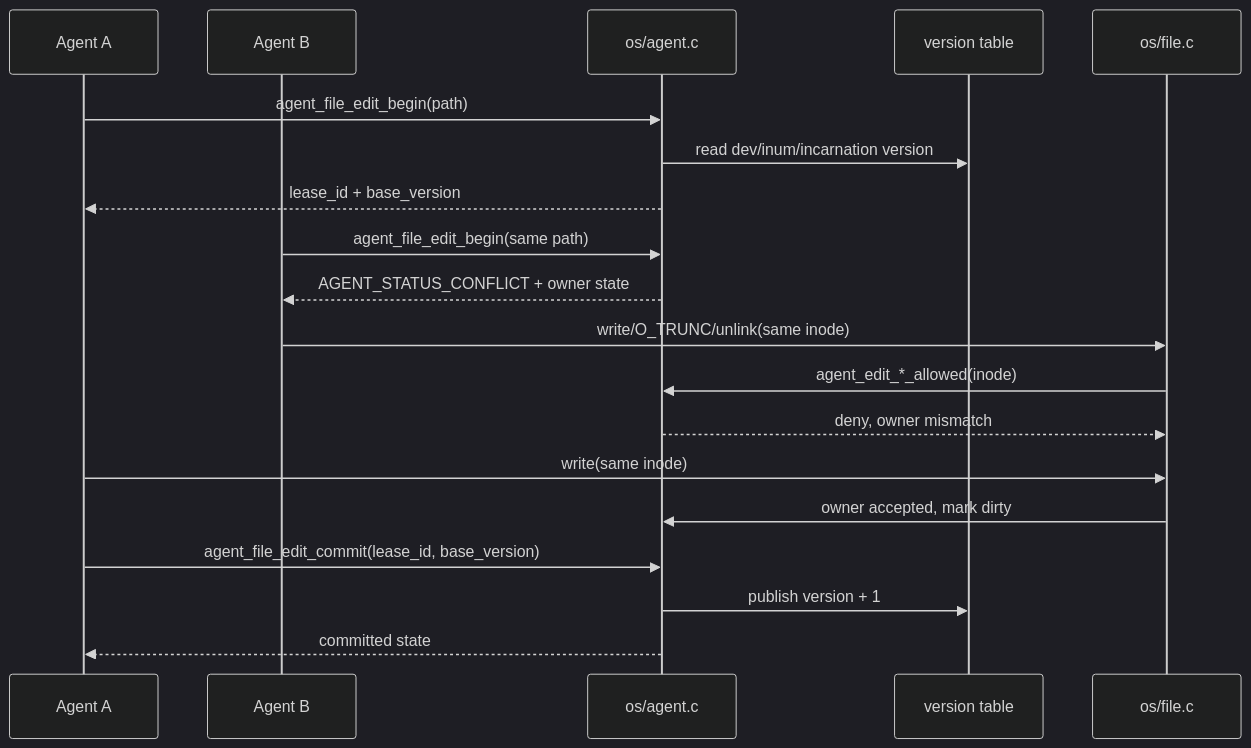
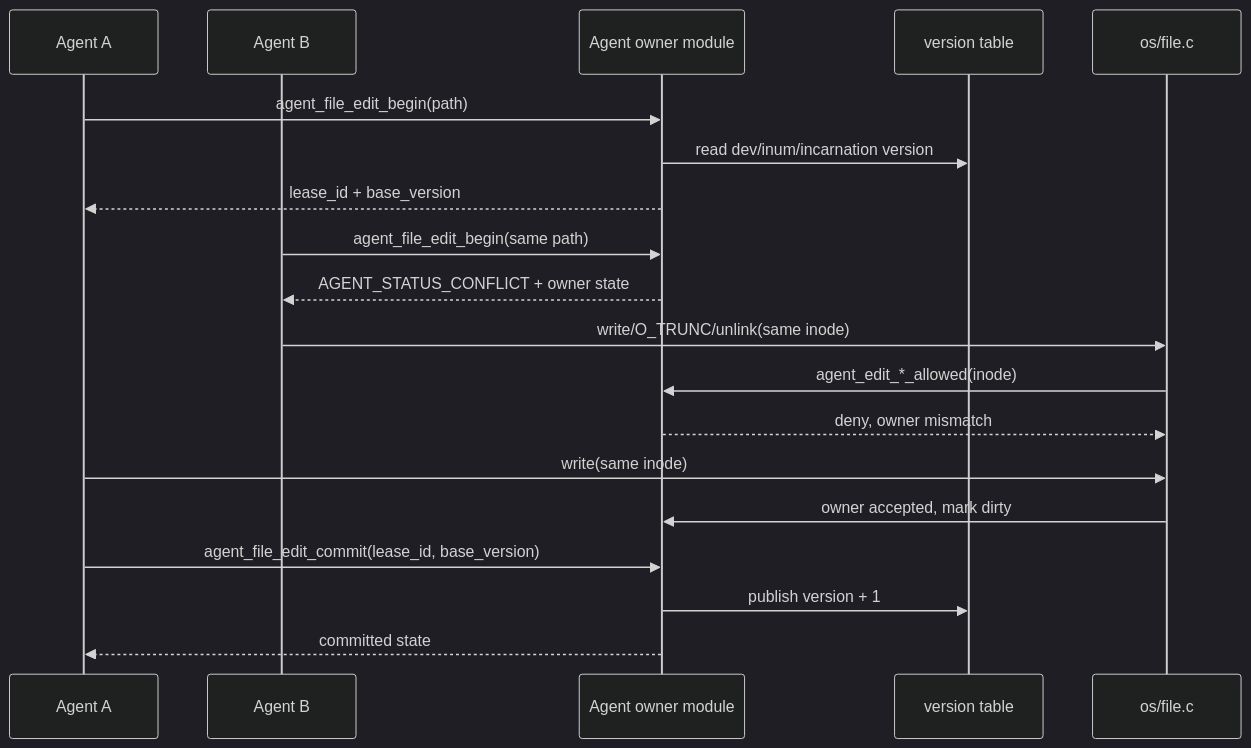
Before and after one commit to yushugulao/Agent-OS: the tenth of 11 diagrams in docs/agentos/design.md, drawn with Mermaid (dark theme). The commit also changed other lines of this file and 75 other files, not shown here.

````diff
--- a/docs/agentos/design.md
+++ b/docs/agentos/design.md
@@ -348,21 +366,21 @@
 ```mermaid
 sequenceDiagram
     participant A1 as Agent A
     participant A2 as Agent B
-    participant K as os/agent.c
+    participant K as Agent owner module
     participant V as version table
     participant F as os/file.c
     A1->>K: agent_file_edit_begin(path)
     K->>V: read dev/inum/incarnation version
     K-->>A1: lease_id + base_version
     A2->>K: agent_file_edit_begin(same path)
     K-->>A2: AGENT_STATUS_CONFLICT + owner state
     A2->>F: write/O_TRUNC/unlink(same inode)
     F->>K: agent_edit_*_allowed(inode)
     K-->>F: deny, owner mismatch
     A1->>F: write(same inode)
     F->>K: owner accepted, mark dirty
     A1->>K: agent_file_edit_commit(lease_id, base_version)
     K->>V: publish version + 1
     K-->>A1: committed state
 ```
````
